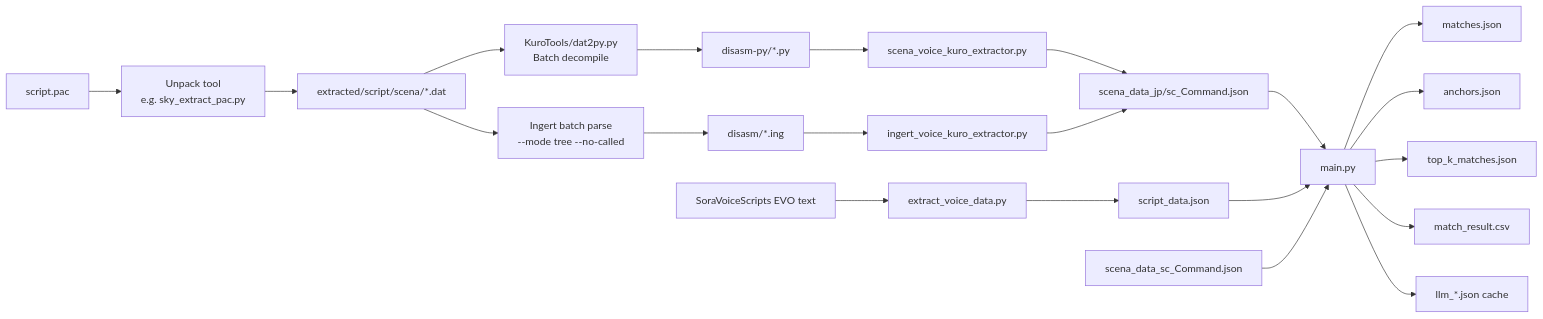
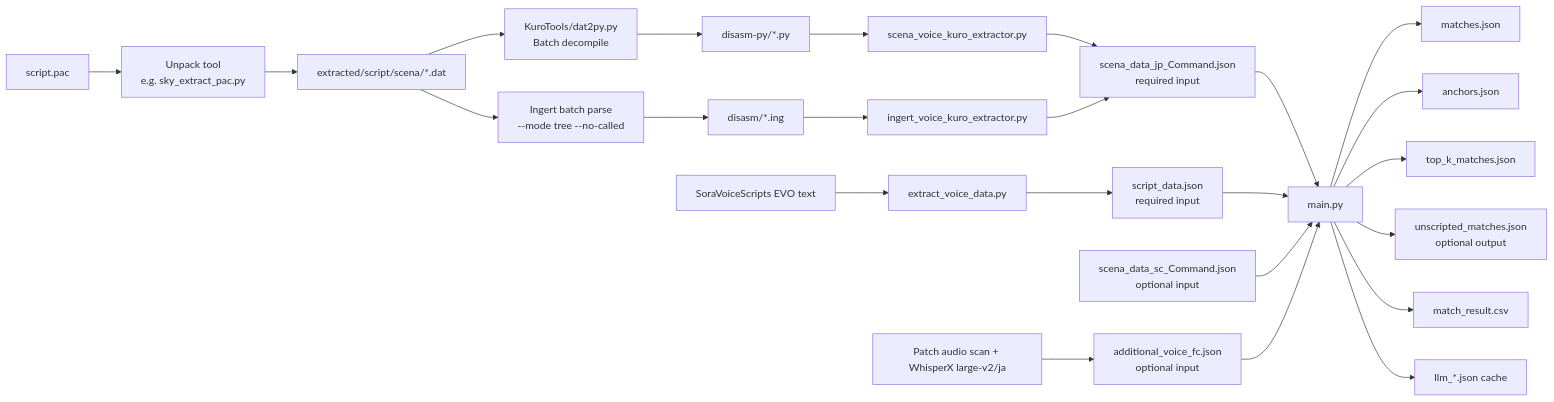
One commit to lxr2010/TrailsInTheSkyRemakeScriptAligner changed the third of 4 diagrams in README.md. Above: the diagram before and after it, drawn with Mermaid. The commit also changed other lines of this file, not shown here.

````diff
--- a/README.md
+++ b/README.md
@@ -488,30 +789,34 @@
 ```mermaid
 flowchart LR
     A[script.pac] --> B[Unpack tool\ne.g. sky_extract_pac.py]
     B --> C[extracted/script/scena/*.dat]
 
     C --> D1[KuroTools/dat2py.py\nBatch decompile]
     C --> D2[Ingert batch parse\n--mode tree --no-called]
 
     D1 --> E1[disasm-py/*.py]
     D2 --> E2[disasm/*.ing]
 
     E1 --> F1[scena_voice_kuro_extractor.py]
     E2 --> F2[ingert_voice_kuro_extractor.py]
 
-    F1 --> G[scena_data_jp/sc_Command.json]
+    F1 --> G[scena_data_jp_Command.json\nrequired input]
     F2 --> G
 
     H[SoraVoiceScripts EVO text] --> I[extract_voice_data.py]
-    I --> J[script_data.json]
+    I --> J[script_data.json\nrequired input]
+
+    AA[Patch audio scan + WhisperX large-v2/ja] --> AB[additional_voice_fc.json\noptional input]
 
     G --> K[main.py]
     J --> K
-    L[scena_data_sc_Command.json] --> K
+    L[scena_data_sc_Command.json\noptional input] --> K
+    AB --> K
 
     K --> M[matches.json]
     K --> N[anchors.json]
     K --> O[top_k_matches.json]
+    K --> R[unscripted_matches.json\noptional output]
     K --> P[match_result.csv]
     K --> Q[llm_*.json cache]
 ```
````
